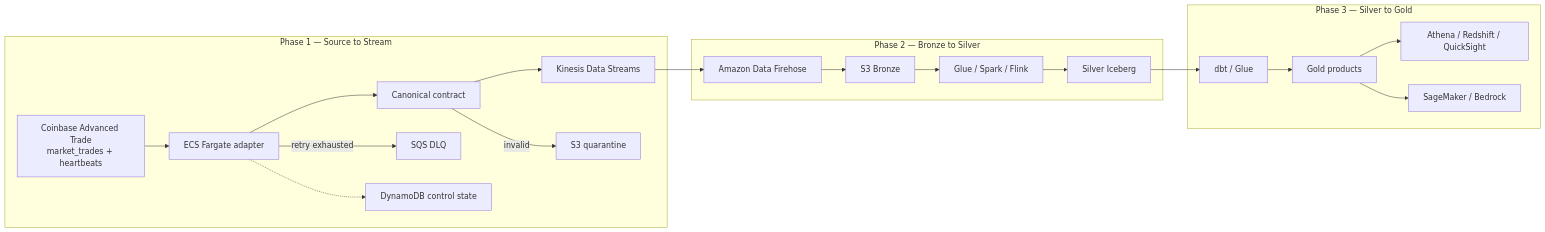
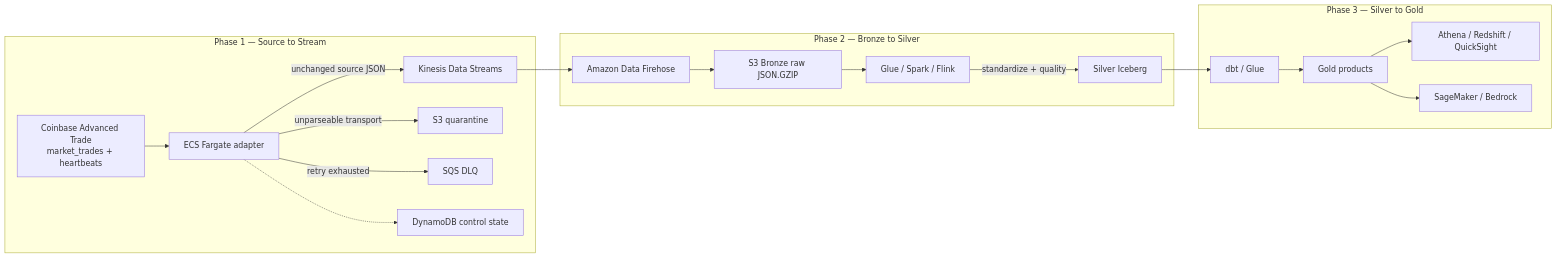
Before and after one commit to PARESHRANJAN299/Data_Architecture_Engineering_2026_Paresh: the second of 2 diagrams in 10_Projects_Portfolio/LCA_Governed_Source_to_Gold_Streaming_AI_Data_Platform/docs/02-target-architecture.md, drawn with Mermaid. The commit also changed other lines of this file and 16 other files, not shown here.

Commit message:
Add Phase 1 source-to-Silver architecture guide

````diff
--- a/10_Projects_Portfolio/LCA_Governed_Source_to_Gold_Streaming_AI_Data_Platform/docs/02-target-architecture.md
+++ b/10_Projects_Portfolio/LCA_Governed_Source_to_Gold_Streaming_AI_Data_Platform/docs/02-target-architecture.md
@@ -21,25 +21,24 @@
 ```mermaid
 flowchart LR
     subgraph P1[Phase 1 — Source to Stream]
       S[Coinbase Advanced Trade<br/>market_trades + heartbeats] --> F[ECS Fargate adapter]
-      F --> C[Canonical contract]
-      C --> K[Kinesis Data Streams]
-      C -->|invalid| Q[S3 quarantine]
+      F -->|unchanged source JSON| K[Kinesis Data Streams]
+      F -->|unparseable transport| Q[S3 quarantine]
       F -->|retry exhausted| D[SQS DLQ]
       F -.-> M[DynamoDB control state]
     end
 
     subgraph P2[Phase 2 — Bronze to Silver]
       K --> H[Amazon Data Firehose]
-      H --> B[S3 Bronze]
+      H --> B[S3 Bronze raw JSON.GZIP]
       B --> X[Glue / Spark / Flink]
-      X --> I[Silver Iceberg]
+      X -->|standardize + quality| I[Silver Iceberg]
     end
 
     subgraph P3[Phase 3 — Silver to Gold]
       I --> T[dbt / Glue]
       T --> G[Gold products]
       G --> AN[Athena / Redshift / QuickSight]
       G --> AI[SageMaker / Bedrock]
     end
 ```
````
